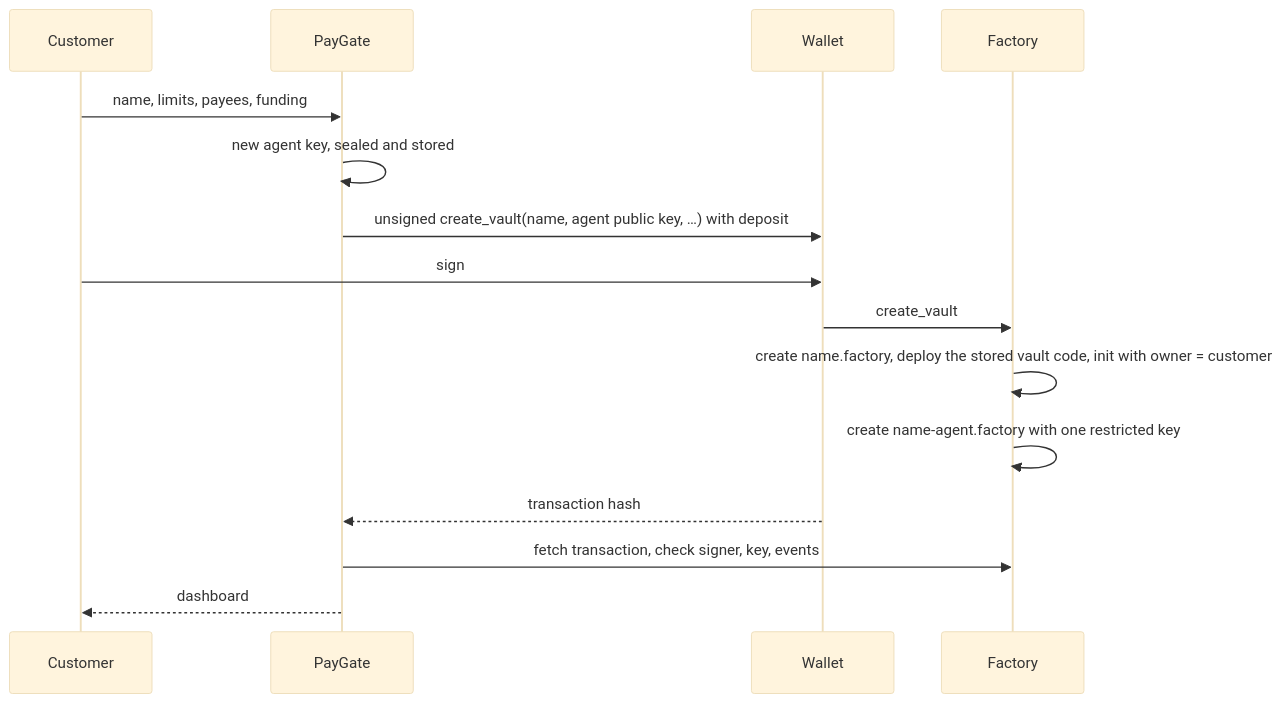
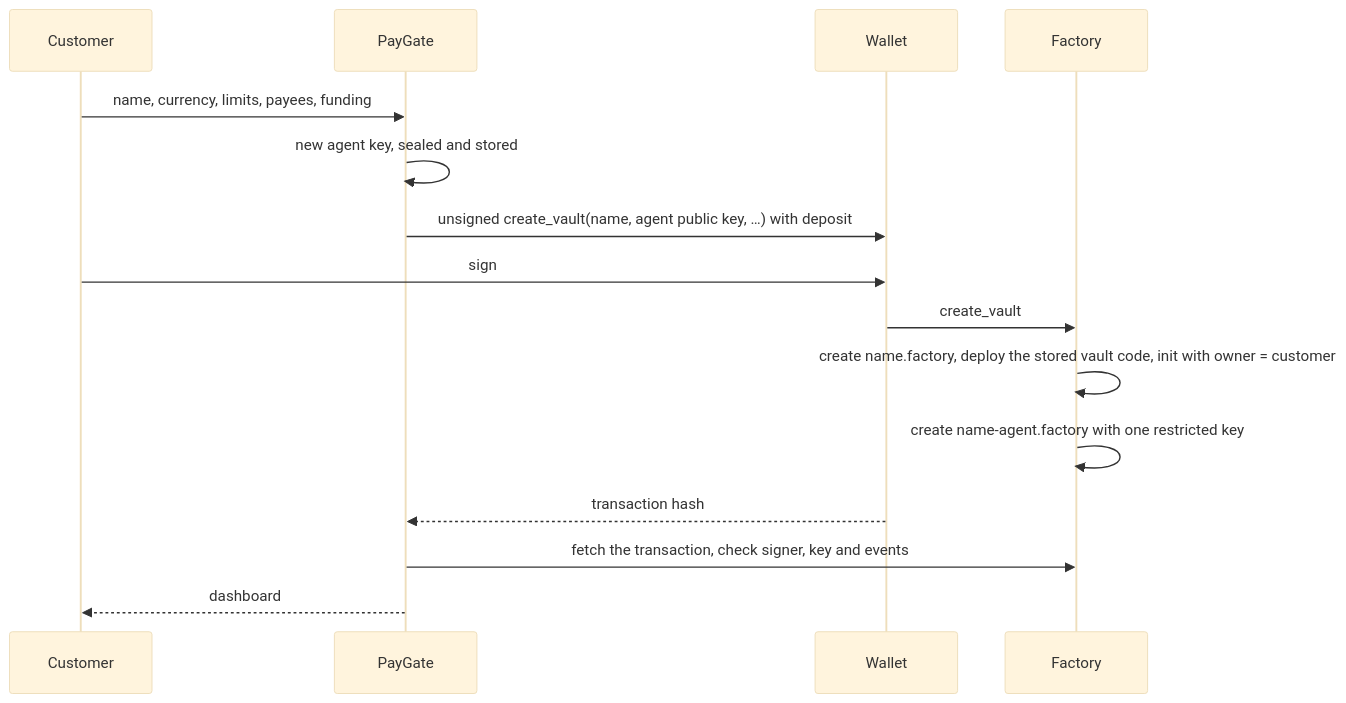
One commit to drained69/PayGate changed the third of 3 diagrams in README.md. Above: the diagram before and after it, drawn with Mermaid (base theme). The commit also changed other lines of this file and 3 other files, not shown here.

````diff
--- a/README.md
+++ b/README.md
@@ -137,17 +209,17 @@
 ```mermaid
 sequenceDiagram
   participant C as Customer
   participant P as PayGate
   participant W as Wallet
   participant F as Factory
-  C->>P: name, limits, payees, funding
+  C->>P: name, currency, limits, payees, funding
   P->>P: new agent key, sealed and stored
   P->>W: unsigned create_vault(name, agent public key, …) with deposit
   C->>W: sign
   W->>F: create_vault
   F->>F: create name.factory, deploy the stored vault code, init with owner = customer
   F->>F: create name-agent.factory with one restricted key
   W-->>P: transaction hash
-  P->>F: fetch transaction, check signer, key, events
+  P->>F: fetch the transaction, check signer, key and events
   P-->>C: dashboard
 ```
````
